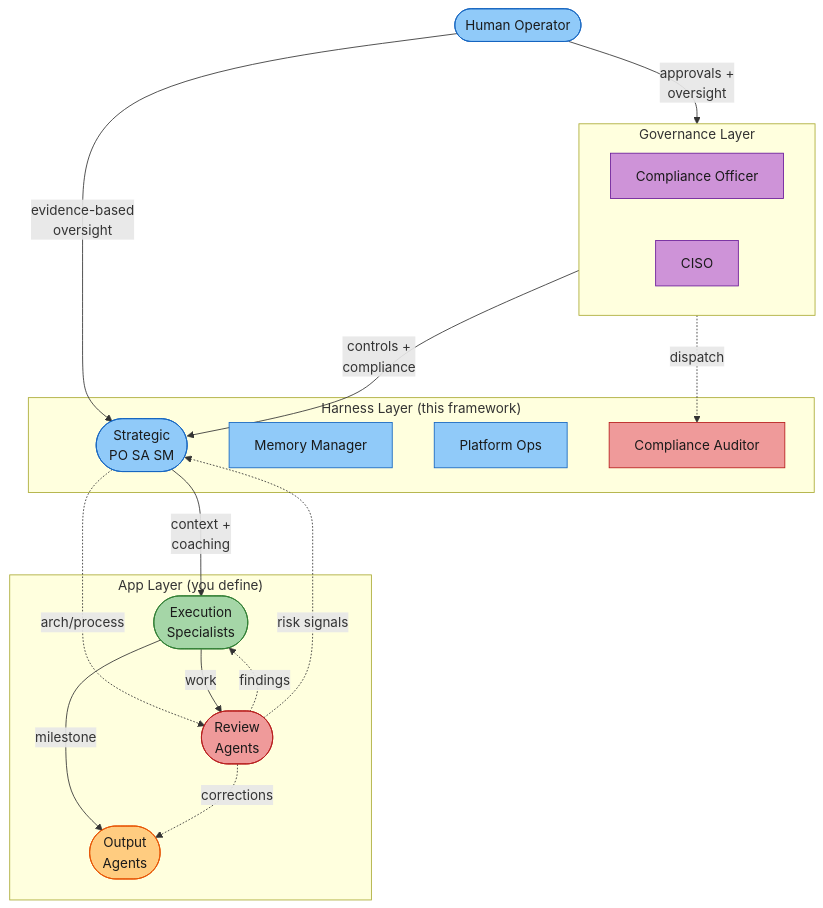
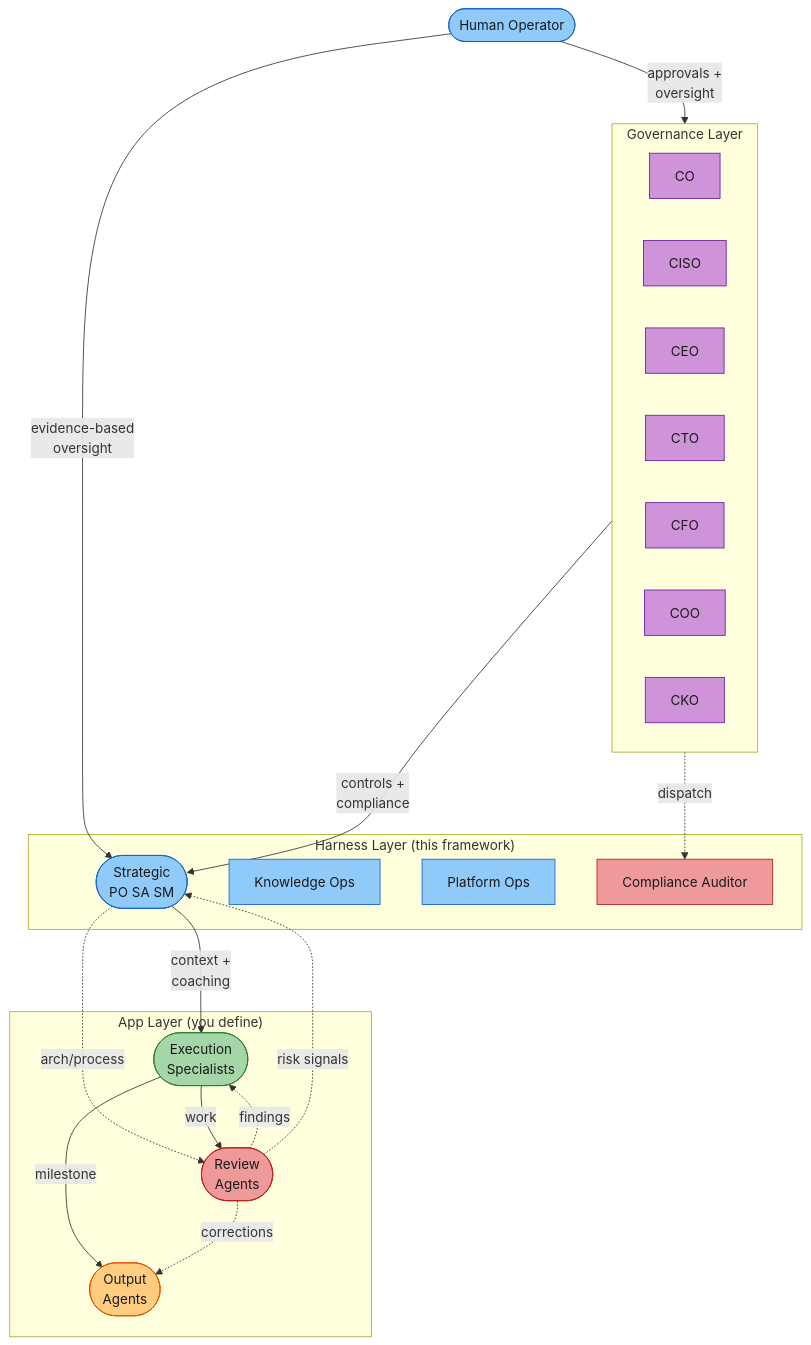
Before and after one commit to rdunie/venutian-antfarm: the first of 5 diagrams in README.md, drawn with Mermaid. The commit also changed other lines of this file, not shown here.

````diff
--- a/README.md
+++ b/README.md
@@ -41,45 +42,55 @@
 ```mermaid
 flowchart TD
     USER(["Human Operator"])
 
     subgraph Gov ["Governance Layer"]
-        CO["Compliance Officer"]
+        CO["CO"]
         CISO_A["CISO"]
+        CEO_A["CEO"]
+        CTO_A["CTO"]
+        CFO_A["CFO"]
+        COO_A["COO"]
+        CKO_A["CKO"]
     end
 
     subgraph Harness ["Harness Layer (this framework)"]
         S(["Strategic\nPO  SA  SM"])
-        MM["Memory Manager"]
+        MM["Knowledge Ops"]
         PO_OPS["Platform Ops"]
         CA["Compliance Auditor"]
     end
 
     subgraph AppLayer ["App Layer (you define)"]
         E(["Execution\nSpecialists"])
         R(["Review\nAgents"])
         O(["Output\nAgents"])
     end
 
     USER -->|"approvals +\noversight"| Gov
     Gov -->|"controls +\ncompliance"| S
     Gov -.->|"dispatch"| CA
     USER -->|"evidence-based\noversight"| S
     S -->|"context +\ncoaching"| E
     S -.->|"arch/process"| R
     E -->|"work"| R
     R -.->|"findings"| E
     R -.->|"risk signals"| S
     E -->|"milestone"| O
     R -.->|"corrections"| O
 
     style USER fill:#90caf9,stroke:#1565c0,color:#1a1a1a
     style CO fill:#ce93d8,stroke:#6a1b9a,color:#1a1a1a
     style CISO_A fill:#ce93d8,stroke:#6a1b9a,color:#1a1a1a
+    style CEO_A fill:#ce93d8,stroke:#6a1b9a,color:#1a1a1a
+    style CTO_A fill:#ce93d8,stroke:#6a1b9a,color:#1a1a1a
+    style CFO_A fill:#ce93d8,stroke:#6a1b9a,color:#1a1a1a
+    style COO_A fill:#ce93d8,stroke:#6a1b9a,color:#1a1a1a
+    style CKO_A fill:#ce93d8,stroke:#6a1b9a,color:#1a1a1a
     style S fill:#90caf9,stroke:#1565c0,color:#1a1a1a
     style MM fill:#90caf9,stroke:#1565c0,color:#1a1a1a
     style PO_OPS fill:#90caf9,stroke:#1565c0,color:#1a1a1a
     style CA fill:#ef9a9a,stroke:#b71c1c,color:#1a1a1a
     style E fill:#a5d6a7,stroke:#2e7d32,color:#1a1a1a
     style R fill:#ef9a9a,stroke:#b71c1c,color:#1a1a1a
     style O fill:#ffcc80,stroke:#e65100,color:#1a1a1a
 ```
````
